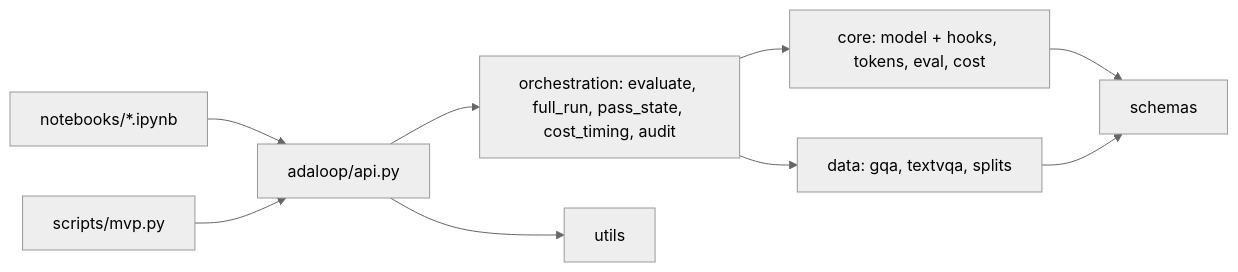
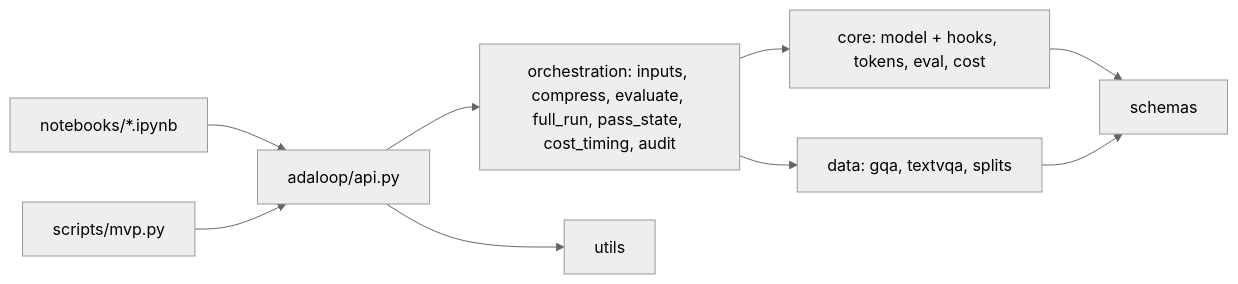
One commit to Vedaang-Chopra/CEREBRUS changed the diagram in docs/ai_context/CODEBASE_MAP.md. Above: the diagram before and after it, drawn with Mermaid (neutral theme). The commit also changed other lines of this file and 21 other files, not shown here.

````diff
--- a/docs/ai_context/CODEBASE_MAP.md
+++ b/docs/ai_context/CODEBASE_MAP.md
@@ -36,11 +40,11 @@
 ```mermaid
 graph LR
   NB[notebooks/*.ipynb] --> API[adaloop/api.py]
   CLI[scripts/mvp.py] --> API
-  API --> ORCH[orchestration: evaluate, full_run, pass_state, cost_timing, audit]
+  API --> ORCH[orchestration: inputs, compress, evaluate, full_run, pass_state, cost_timing, audit]
   ORCH --> CORE[core: model + hooks, tokens, eval, cost]
   ORCH --> DATA[data: gqa, textvqa, splits]
   CORE --> SCHEMAS[schemas]
   DATA --> SCHEMAS
   API --> UTILS[utils]
 ```
````
